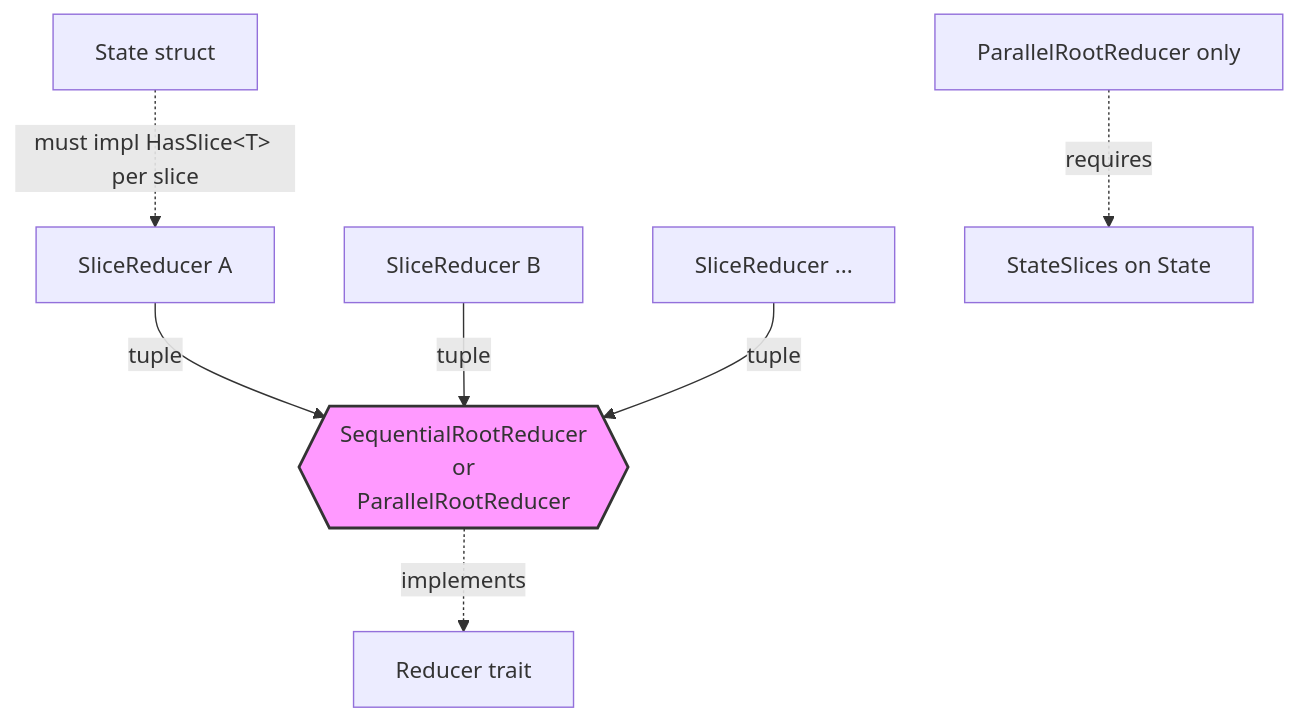
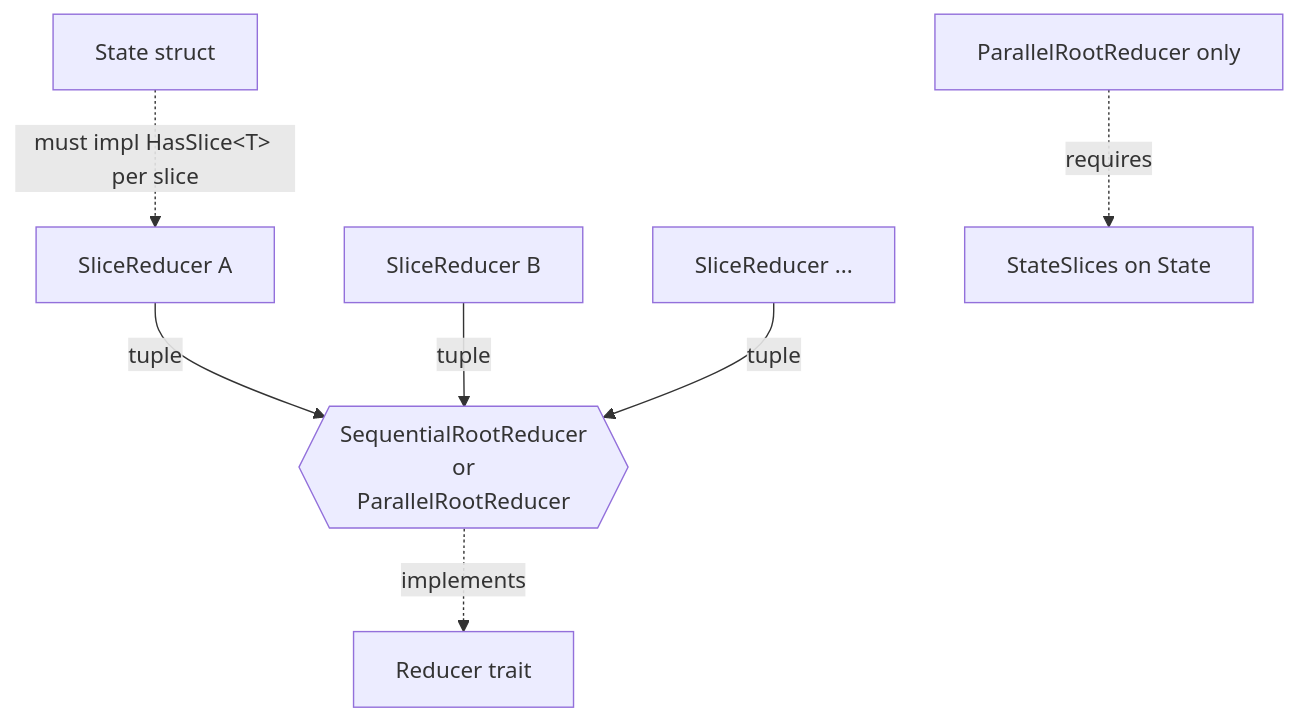
Before and after one commit to corentin-core/ruxe: the second of 2 diagrams in README.md, drawn with Mermaid. The commit also changed other lines of this file and 7 other files, not shown here.

````diff
--- a/README.md
+++ b/README.md
@@ -146,10 +166,8 @@
 ```mermaid
 flowchart TB
     SR1[SliceReducer A] & SR2[SliceReducer B] & SR3[SliceReducer ...] -->|tuple| Wrapper{{SequentialRootReducer<br/>or<br/>ParallelRootReducer}}
     Wrapper -.implements.-> R[Reducer trait]
 
     State[State struct] -.must impl HasSlice&lt;T&gt; per slice.-> SR1
     ParRR[ParallelRootReducer only] -.requires.-> SS[StateSlices on State]
-
-    style Wrapper fill:#f9f,stroke:#333,stroke-width:2px
 ```
````
